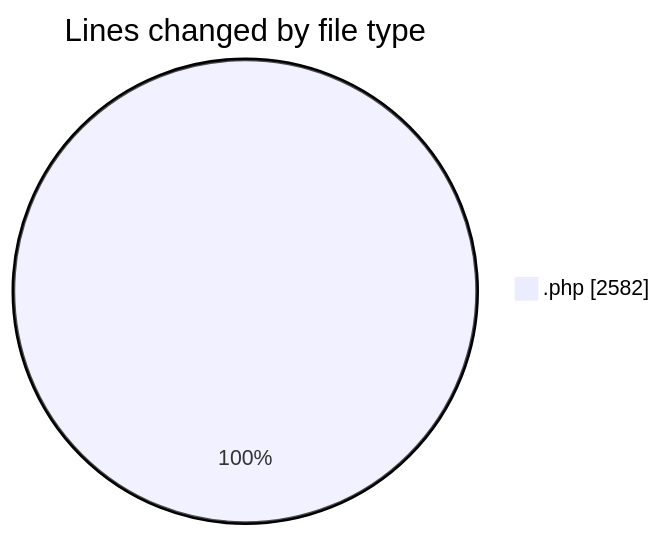
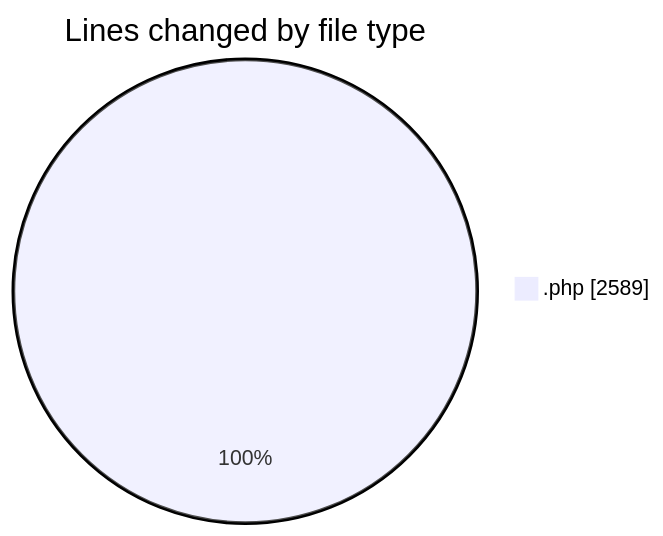
Before and after one commit to vahidmafi/code-tracking: the first of 2 diagrams in 2025-05-31/shop/README.md, drawn with Mermaid. The commit also changed other lines of this file and 1 other file, not shown here.

````diff
--- a/2025-05-31/shop/README.md
+++ b/2025-05-31/shop/README.md
@@ -21,5 +21,5 @@
 ```mermaid
 pie showData
 title Lines changed by file type
-".php" : 2582
+".php" : 2589
 ```
````
